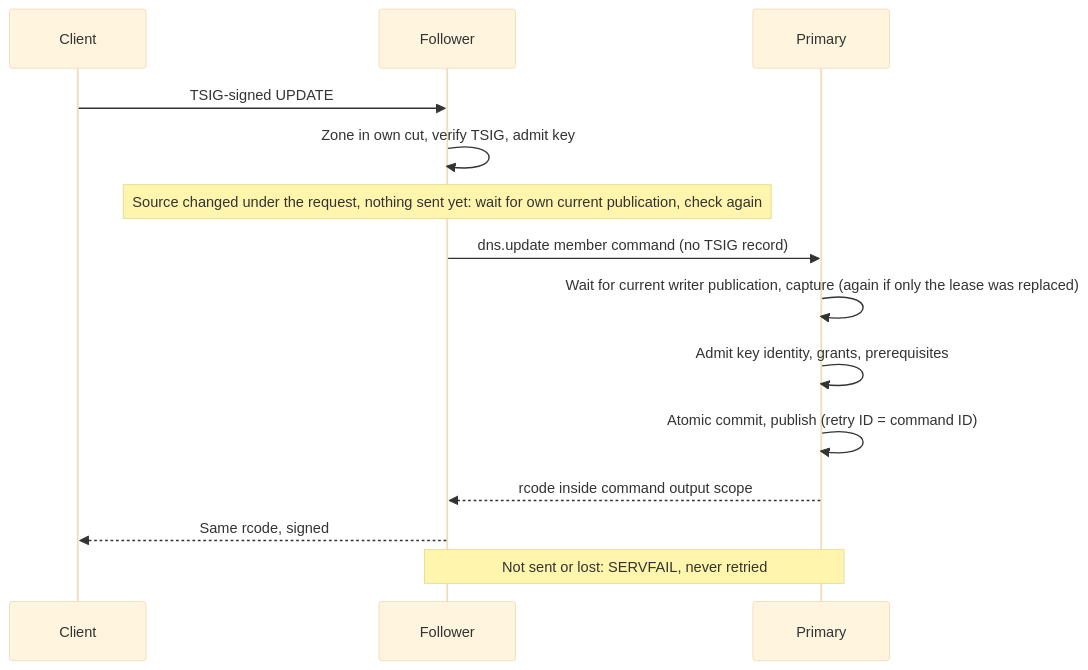
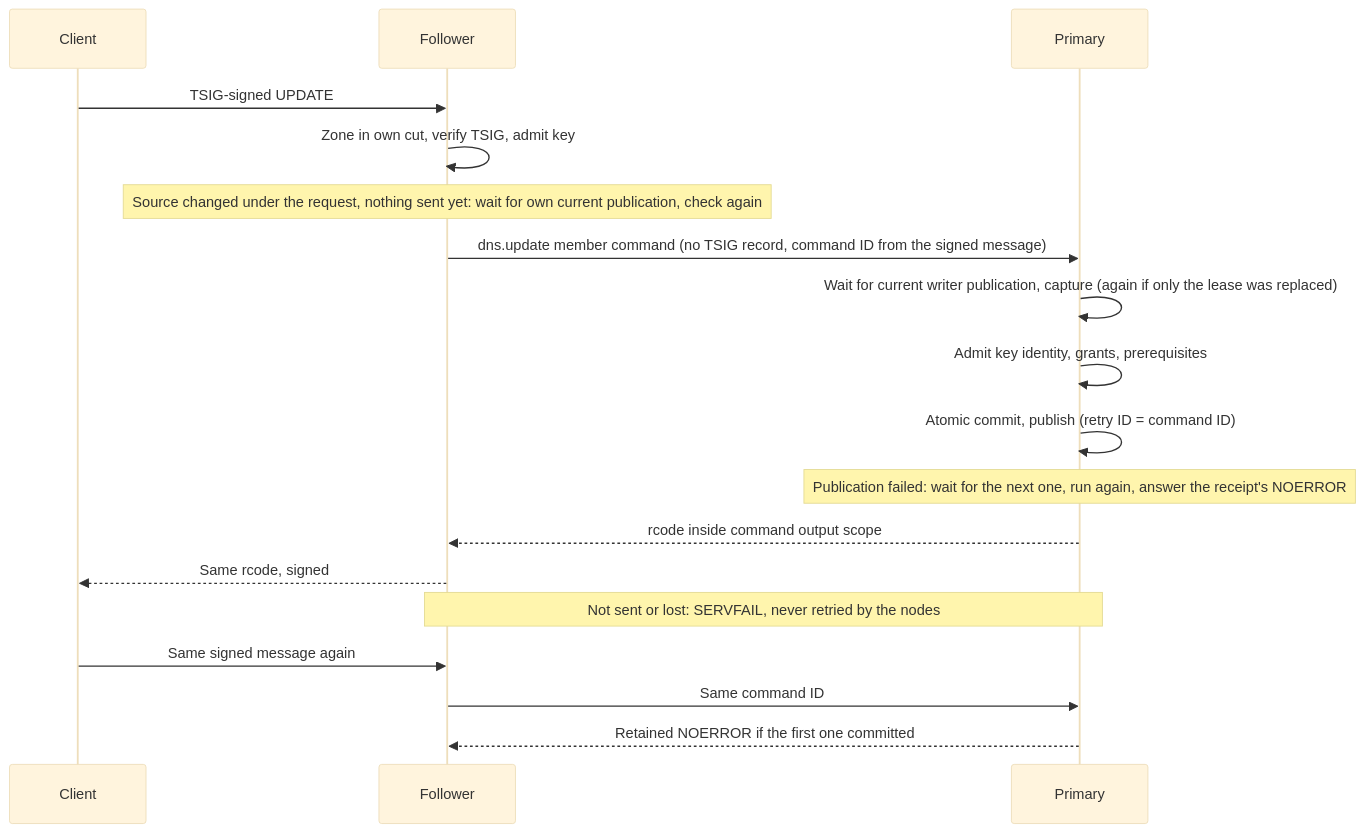
One commit to robertherbaugh/kudurru changed diagram 11 of 13 in docs/architecture/zones.md. Above: the diagram before and after it, drawn with Mermaid (base theme). The commit also changed other lines of this file and 4 other files, not shown here.

````diff
--- a/docs/architecture/zones.md
+++ b/docs/architecture/zones.md
@@ -1110,16 +1118,20 @@
 ```mermaid
 sequenceDiagram
     participant C as Client
     participant F as Follower
     participant P as Primary
     C->>F: TSIG-signed UPDATE
     F->>F: Zone in own cut, verify TSIG, admit key
     Note over F: Source changed under the request, nothing sent yet: wait for own current publication, check again
-    F->>P: dns.update member command (no TSIG record)
+    F->>P: dns.update member command (no TSIG record, command ID from the signed message)
     P->>P: Wait for current writer publication, capture (again if only the lease was replaced)
     P->>P: Admit key identity, grants, prerequisites
     P->>P: Atomic commit, publish (retry ID = command ID)
+    Note over P: Publication failed: wait for the next one, run again, answer the receipt's NOERROR
     P-->>F: rcode inside command output scope
     F-->>C: Same rcode, signed
-    Note over F,P: Not sent or lost: SERVFAIL, never retried
+    Note over F,P: Not sent or lost: SERVFAIL, never retried by the nodes
+    C->>F: Same signed message again
+    F->>P: Same command ID
+    P-->>F: Retained NOERROR if the first one committed
 ```
````
